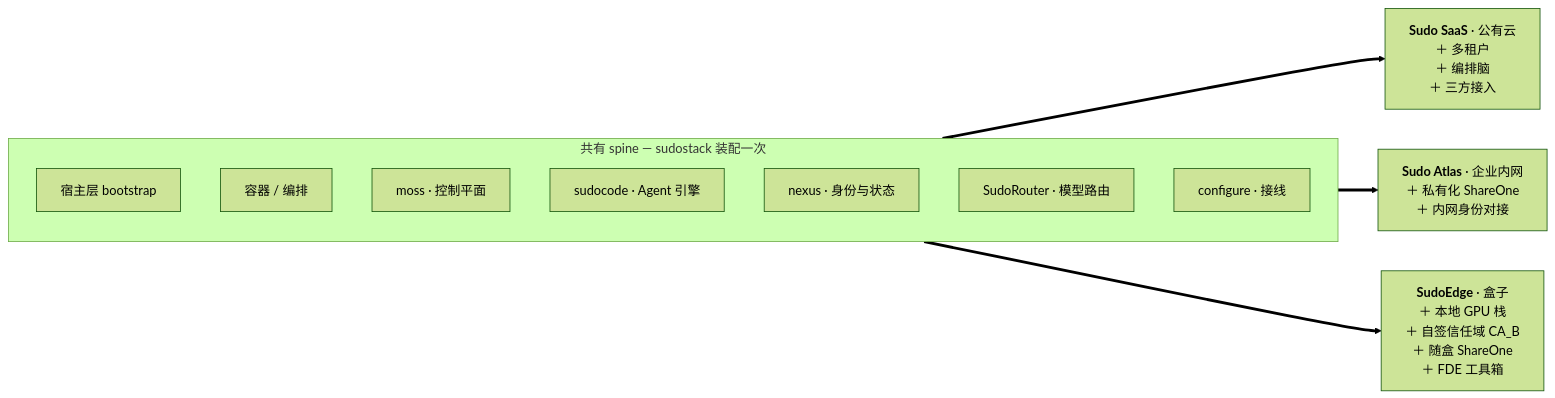
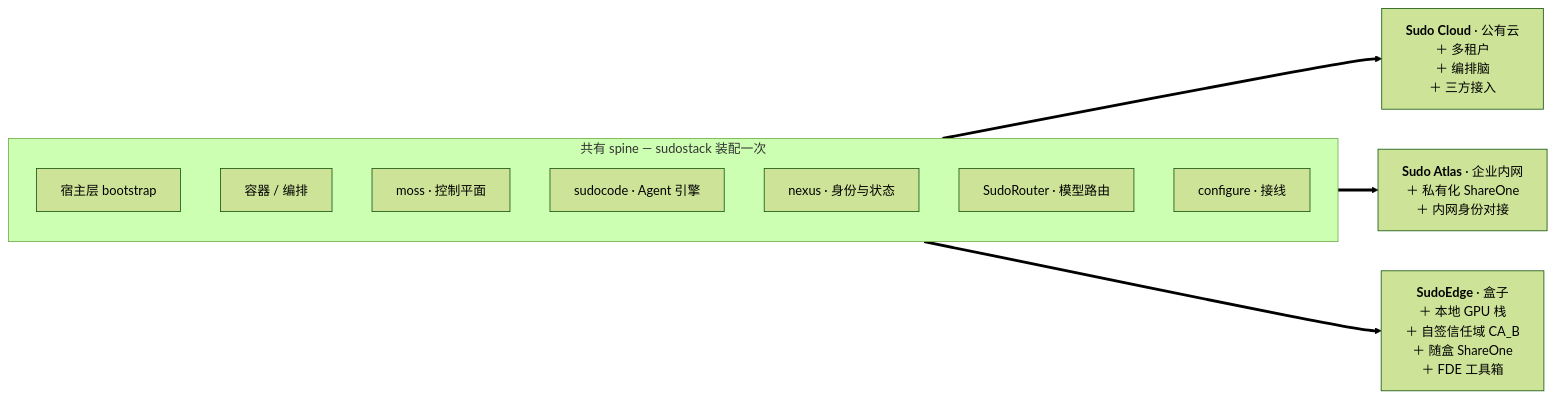
The second of 2 diagrams in README.md (sudoprivacy/sudostack), drawn with Mermaid (forest theme) before and after one commit. The commit also changed other lines of this file, not shown here.

Commit message:
docs(readme): rename Sudo SaaS to Sudo Cloud (sudosaas -> sudocloud)

````diff
--- a/README.md
+++ b/README.md
@@ -56,17 +56,17 @@
 ```mermaid
 flowchart LR
   subgraph SPINE["共有 spine — sudostack 装配一次"]
     direction TB
     HOST["宿主层 bootstrap"]
     ORCH["容器 / 编排"]
     CTRL["moss · 控制平面"]
     ENG["sudocode · Agent 引擎"]
     IDN["nexus · 身份与状态"]
     RT["SudoRouter · 模型路由"]
     WIRE["configure · 接线"]
   end
 
-  SPINE ==> SAAS2["<b>Sudo SaaS</b> · 公有云<br/>＋ 多租户<br/>＋ 编排脑<br/>＋ 三方接入"]
+  SPINE ==> CLOUD2["<b>Sudo Cloud</b> · 公有云<br/>＋ 多租户<br/>＋ 编排脑<br/>＋ 三方接入"]
   SPINE ==> ATLAS2["<b>Sudo Atlas</b> · 企业内网<br/>＋ 私有化 ShareOne<br/>＋ 内网身份对接"]
   SPINE ==> EDGE2["<b>SudoEdge</b> · 盒子<br/>＋ 本地 GPU 栈<br/>＋ 自签信任域 CA_B<br/>＋ 随盒 ShareOne<br/>＋ FDE 工具箱"]
 ```
````
